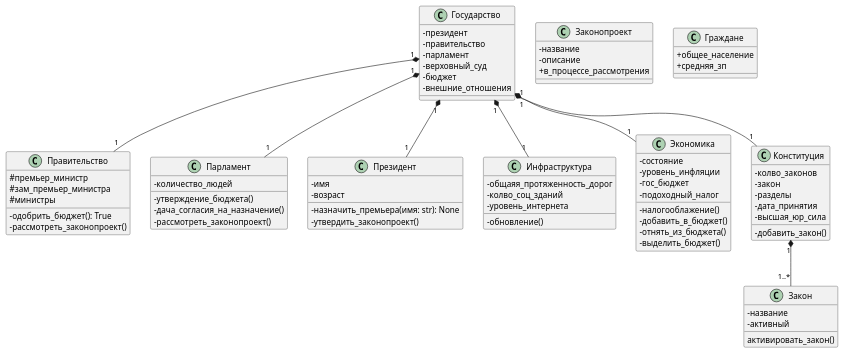
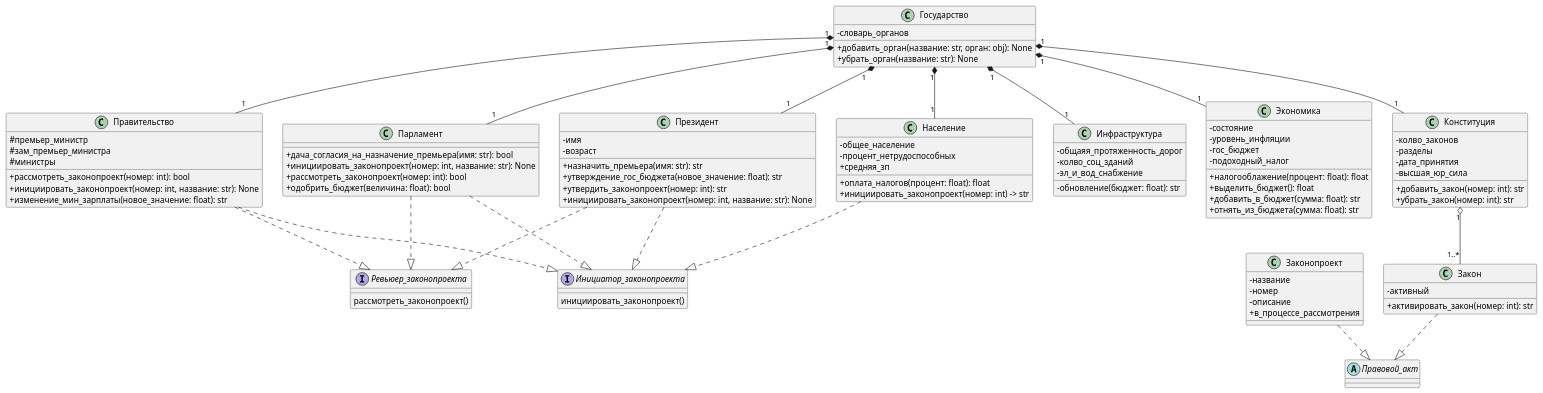
The diagram in sem2/lab1/Diagrams/class_diagramm.puml (dekada314/PPOIS), drawn with PlantUML before and after one commit. The commit also changed 12 other files, not shown here.

```diff
--- a/sem2/lab1/Diagrams/class_diagramm.puml
+++ b/sem2/lab1/Diagrams/class_diagramm.puml
@@ -1,94 +1,125 @@
 @startuml
 skinparam classAttributeIconSize 0
 
 class Государство {
-  -президент
-  -правительство
-  -парламент
-  -верховный_суд
-  -бюджет
-  -внешние_отношения
+  -словарь_органов
+  +добавить_орган(название: str, орган: obj): None
+  +убрать_орган(название: str): None
 }
 
 class Правительство {
   #премьер_министр
   #зам_премьер_министра
   #министры
-  -одобрить_бюджет(): True
-  -рассмотреть_законопроект()
-  
+  +рассмотреть_законопроект(номер: int): bool
+  +инициировать_законопроект(номер: int, название: str): None
+  +изменение_мин_зарплаты(новое_значение: float): str
 }
 
 class Парламент {
-  -количество_людей
-  -утверждение_бюджета()   
-  -дача_согласия_на_назначение()
-  -рассмотреть_законопроект()
+  +дача_согласия_на_назначение_премьера(имя: str): bool
+  +инициировать_законопроект(номер: int, название: str): None
+  +рассмотреть_законопроект(номер: int): bool
+  +одобрить_бюджет(величина: float): bool 
 }
+' #инфраструктура 
 
 class Президент {
   -имя
   -возраст
-  -назначить_премьера(имя: str): None
-  -утвердить_законопроект()
+  +назначить_премьера(имя: str): str
+  +утверждение_гос_бюджета(новое_значение: float): str   
+  +утвердить_законопроект(номер: int): str
+  +инициировать_законопроект(номер: int, название: str): None
 }
+' республиканский бюджет
 
 class Законопроект {
   -название
+  -номер
   -описание
   +в_процессе_рассмотрения
 } 
 
 class Закон {
-  -название
   -активный
-  активировать_закон()
+  +активировать_закон(номер: int): str
 }
 
-class Граждане {
-  +общее_население
+class Население {
+  -общее_население
+  -процент_нетрудоспособных
   +средняя_зп
+  +оплата_налогов(процент: float): float
+  +инициировать_законопроект(номер: int) -> str
 }
 
 class Инфраструктура{
   -общаяя_протяженность_дорог
   -колво_соц_зданий
-  -уровень_интернета
-  -обновление()
+  -эл_и_вод_снабжение
+  -обновление(бюджет: float): str
 }
 
 class Экономика{
   -состояние
   -уровень_инфляции
   -гос_бюджет
   -подоходный_налог
-  -налогооблажение()
-  -добавить_в_бюджет()
-  -отнять_из_бюджета()
-  -выделить_бюджет()
+  +налогооблажение(процент: float): float
+  +выделить_бюджет(): float
+  +добавить_в_бюджет(сумма: float): str
+  +отнять_из_бюджета(сумма: float): str
 }
 
 class Конституция{
   -колво_законов
-  -закон
   -разделы
   -дата_принятия
   -высшая_юр_сила
-  -добавить_закон()
+  +добавить_закон(номер: int): str
+  +убрать_закон(номер: int): str
 }
+
+interface Инициатор_законопроекта {
+  инициировать_законопроект()
+}
+interface Ревьюер_законопроекта {
+  рассмотреть_законопроект()
+}
+
+abstract class Правовой_акт{
+
+}
+
 
 Государство "1" *-- "1" Правительство
 Государство "1" *-- "1" Парламент
 Государство "1" *-- "1" Президент
 Государство "1" *-- "1" Конституция
 Государство "1" *-- "1" Экономика
 Государство "1" *-- "1" Инфраструктура
-Конституция "1" *-- "1..*" Закон
+Государство "1" *-- "1" Население
+Конституция "1" o-- "1..*" Закон
+
+' Закон "1" --|> "1" Законопроект: наследует
+
+Закон ..|> Правовой_акт
+Законопроект ..|> Правовой_акт
+
+Президент ..|> Инициатор_законопроекта
+Население ..|> Инициатор_законопроекта
+Парламент ..|> Инициатор_законопроекта
+Правительство ..|> Инициатор_законопроекта
+
+Президент ..|> Ревьюер_законопроекта
+Парламент ..|> Ревьюер_законопроекта
+Правительство ..|> Ревьюер_законопроекта
 
 ' ClassName1 o-- ClassName2
 ' ClassName1 *-- ClassName2
 ' ClassName3 --|> ClassName4: наследует
 
 
 
 @enduml
```
